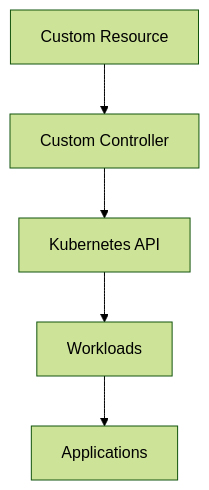
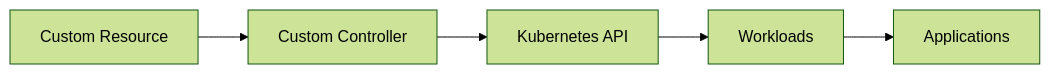
The diagram in develop/operator/index.md (rootsongjc/kubernetes-handbook), drawn with Mermaid (forest theme) before and after one commit. The commit also changed other lines of this file and 172 other files, not shown here.

````diff
--- a/develop/operator/index.md
+++ b/develop/operator/index.md
@@ -34,7 +34,7 @@
 ```mermaid "Operator 核心组件"
-graph TD
+graph LR
   A[Custom Resource] --> B[Custom Controller]
   B --> C[Kubernetes API]
   C --> D[Workloads]
   D --> E[Applications]
 ```
````
